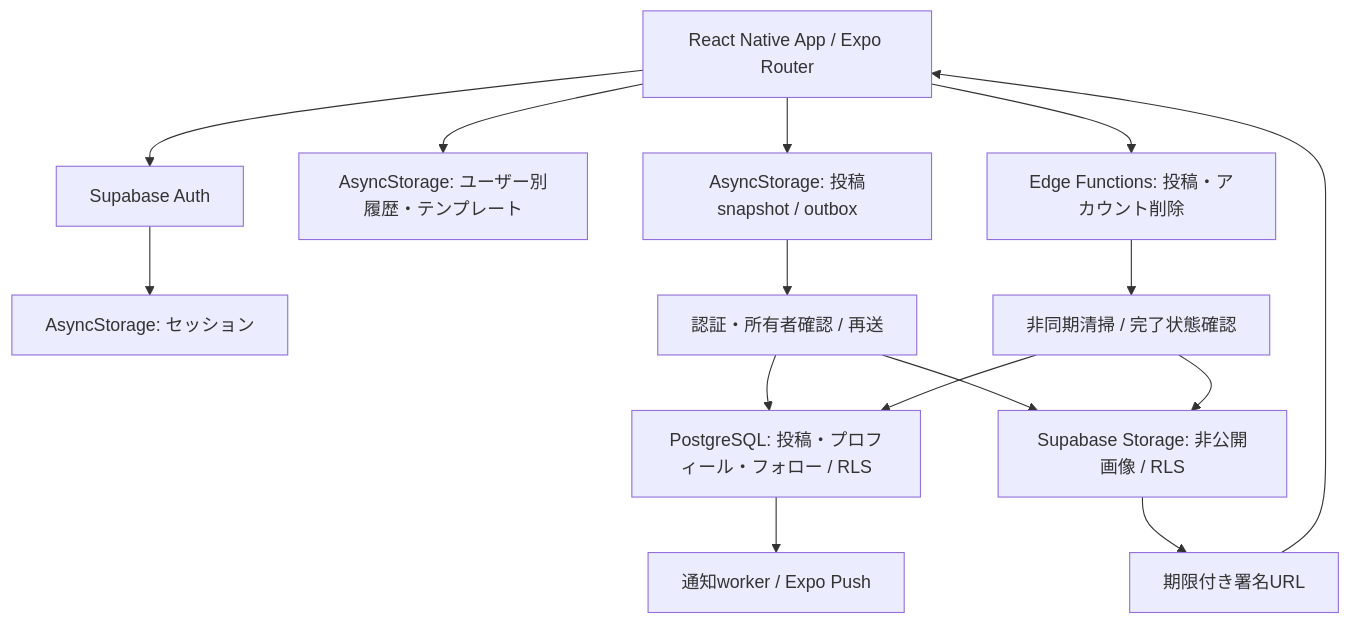
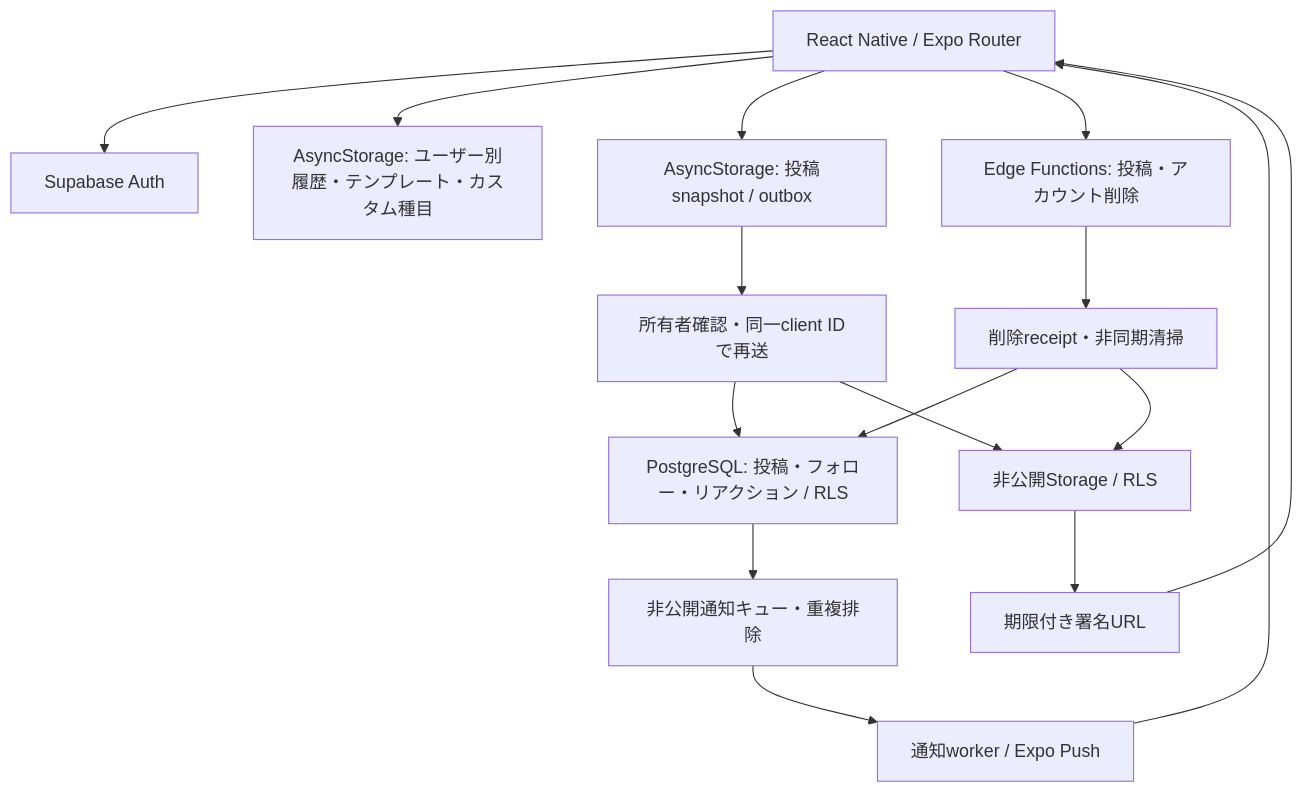
The diagram in README.md (osakukazuma-sudo/LOADS), drawn with Mermaid before and after one commit. The commit also changed other lines of this file and 55 other files, not shown here.

````diff
--- a/README.md
+++ b/README.md
@@ -58,17 +69,18 @@
 ```mermaid
 flowchart TD
-  App[React Native App / Expo Router] --> Auth[Supabase Auth]
-  Auth --> Session[AsyncStorage: セッション]
-  App --> Local[AsyncStorage: ユーザー別履歴・テンプレート]
+  App[React Native / Expo Router] --> Auth[Supabase Auth]
+  App --> Local[AsyncStorage: ユーザー別履歴・テンプレート・カスタム種目]
   App --> Outbox[AsyncStorage: 投稿snapshot / outbox]
-  Outbox --> Retry[認証・所有者確認 / 再送]
-  Retry --> DB[PostgreSQL: 投稿・プロフィール・フォロー / RLS]
-  Retry --> Photos[Supabase Storage: 非公開画像 / RLS]
+  Outbox --> Retry[所有者確認・同一client IDで再送]
+  Retry --> DB[PostgreSQL: 投稿・フォロー・リアクション / RLS]
+  Retry --> Photos[非公開Storage / RLS]
   Photos --> Signed[期限付き署名URL]
   Signed --> App
   App --> Edge[Edge Functions: 投稿・アカウント削除]
-  Edge --> Cleanup[非同期清掃 / 完了状態確認]
+  Edge --> Cleanup[削除receipt・非同期清掃]
   Cleanup --> DB
   Cleanup --> Photos
-  DB --> Push[通知worker / Expo Push]
+  DB --> Queue[非公開通知キュー・重複排除]
+  Queue --> Worker[通知worker / Expo Push]
+  Worker --> App
 ```
````
